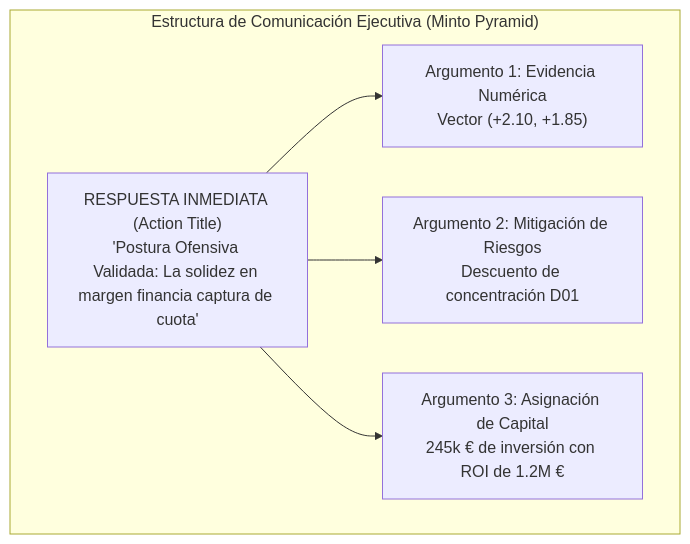
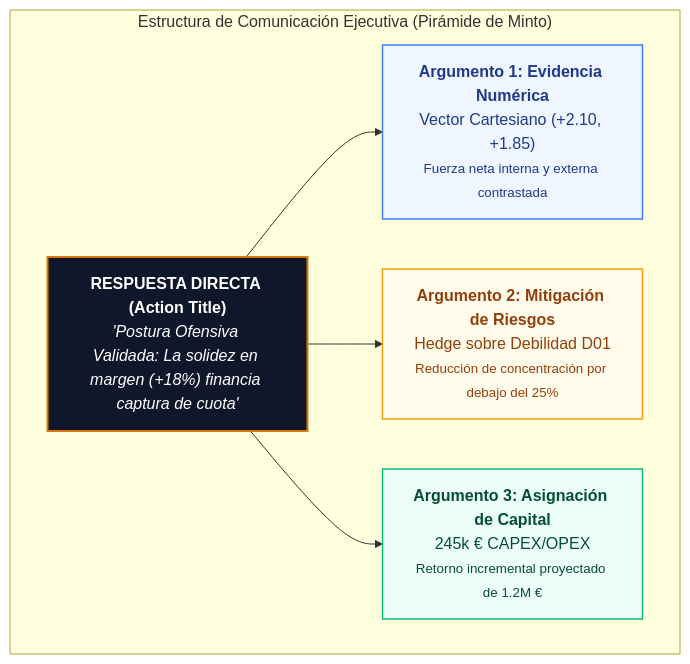
One commit to Dalaez/datalaria-website changed the fourth of 4 diagrams in content/es/posts/dafo-cuantitativo-matriz-came/index.md. Above: the diagram before and after it, drawn with Mermaid. The commit also changed other lines of this file and 32 other files, not shown here.

````diff
--- a/content/es/posts/dafo-cuantitativo-matriz-came/index.md
+++ b/content/es/posts/dafo-cuantitativo-matriz-came/index.md
@@ -323,12 +368,17 @@
-```mermaid
+{{< mermaid >}}
 flowchart TD
-    subgraph MINTO["Estructura de Comunicación Ejecutiva (Minto Pyramid)"]
-        R["RESPUESTA INMEDIATA (Action Title)<br/>'Postura Ofensiva Validada: La solidez en margen financia captura de cuota'"]
-        A1["Argumento 1: Evidencia Numérica<br/>Vector (+2.10, +1.85)"]
-        A2["Argumento 2: Mitigación de Riesgos<br/>Descuento de concentración D01"]
-        A3["Argumento 3: Asignación de Capital<br/>245k € de inversión con ROI de 1.2M €"]
+    subgraph MINTO["Estructura de Comunicación Ejecutiva (Pirámide de Minto)"]
+        R["<b>RESPUESTA DIRECTA (Action Title)</b><br/><i>'Postura Ofensiva Validada: La solidez en margen (+18%) financia captura de cuota'</i>"]
+        A1["<b>Argumento 1: Evidencia Numérica</b><br/>Vector Cartesiano (+2.10, +1.85)<br/><small>Fuerza neta interna y externa contrastada</small>"]
+        A2["<b>Argumento 2: Mitigación de Riesgos</b><br/>Hedge sobre Debilidad D01<br/><small>Reducción de concentración por debajo del 25%</small>"]
+        A3["<b>Argumento 3: Asignación de Capital</b><br/>245k € CAPEX/OPEX<br/><small>Retorno incremental proyectado de 1.2M €</small>"]
         R --> A1
         R --> A2
         R --> A3
     end
-```
+
+    style R fill:#0F172A,stroke:#D97706,stroke-width:2px,color:#FFFFFF
+    style A1 fill:#EFF6FF,stroke:#3B82F6,stroke-width:1.5px,color:#1E3A8A
+    style A2 fill:#FFFBEB,stroke:#F59E0B,stroke-width:1.5px,color:#92400E
+    style A3 fill:#ECFDF5,stroke:#10B981,stroke-width:1.5px,color:#064E3B
+{{< /mermaid >}}
````
